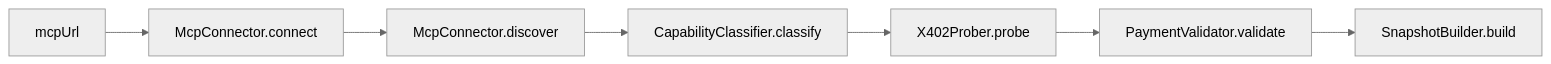
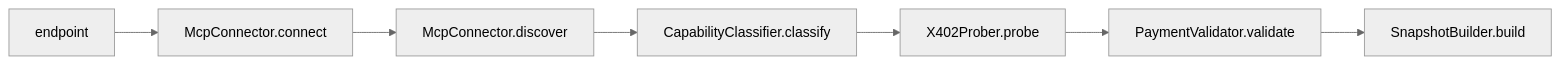
The diagram in README.md (FlowMCP/x402-mcp-validator), drawn with Mermaid (neutral theme) before and after one commit. The commit also changed other lines of this file and 11 other files, not shown here.

Commit message:
Rename mcpUrl to endpoint #3

````diff
--- a/README.md
+++ b/README.md
@@ -39,9 +39,9 @@
 ```mermaid
 flowchart LR
-    A[mcpUrl] --> B[McpConnector.connect]
+    A[endpoint] --> B[McpConnector.connect]
     B --> C[McpConnector.discover]
     C --> D[CapabilityClassifier.classify]
     D --> E[X402Prober.probe]
     E --> F[PaymentValidator.validate]
     F --> G[SnapshotBuilder.build]
 ```
````
